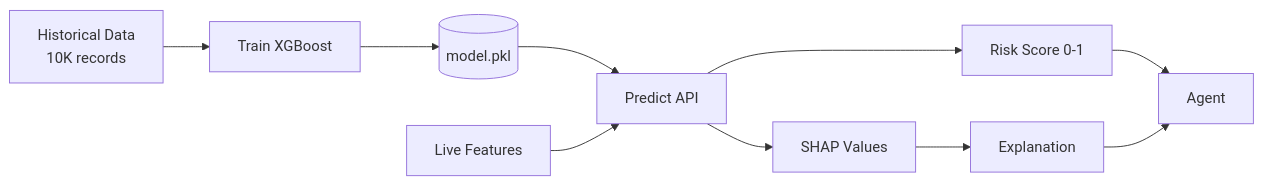
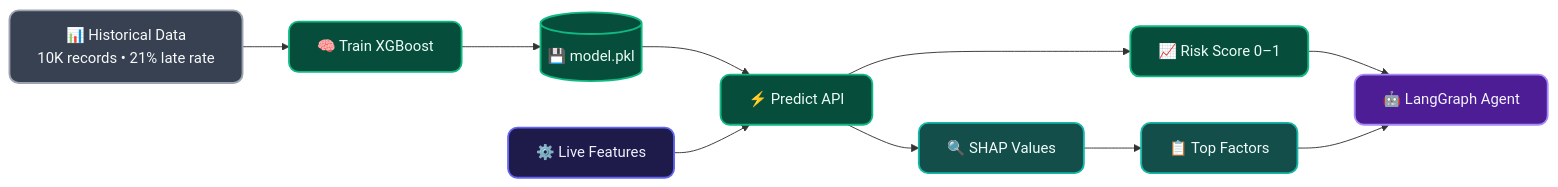
One commit to VIVEK-MARRI/IntelliLog-AI changed the fifth of 8 diagrams in README.md. Above: the diagram before and after it, drawn with Mermaid. The commit also changed other lines of this file and 46 other files, not shown here.

Commit message:
docs: publish project documentation suite with premium architecture diagrams

````diff
--- a/README.md
+++ b/README.md
@@ -293,12 +337,29 @@
 ```mermaid
 flowchart LR
-  H[Historical Data<br/>10K records] --> T[Train XGBoost]
-  T --> M[(model.pkl)]
-  M --> P[Predict API]
-  F[Live Features] --> P
-  P --> S[SHAP Values]
-  S --> E[Explanation]
-  P --> R[Risk Score 0-1]
-  R --> AG[Agent]
-  E --> AG
+    %% Premium ML Pipeline Styling
+    classDef data fill:#374151,stroke:#9CA3AF,stroke-width:2px,color:#F9FAFB,rx:10,ry:10
+    classDef ml fill:#064E3B,stroke:#10B981,stroke-width:2px,color:#ECFDF5,rx:10,ry:10
+    classDef xai fill:#134E4A,stroke:#14B8A6,stroke-width:2px,color:#F0FDFA,rx:10,ry:10
+    classDef agent fill:#4C1D95,stroke:#A78BFA,stroke-width:2px,color:#F5F3FF,rx:10,ry:10
+    classDef feature fill:#1E1B4B,stroke:#6366F1,stroke-width:2px,color:#EEF2FF,rx:10,ry:10
+
+    H["📊 Historical Data<br/>10K records • 21% late rate"]:::data
+    T["🧠 Train XGBoost"]:::ml
+    M[("💾 model.pkl")]:::ml
+    P["⚡ Predict API"]:::ml
+    F["⚙️ Live Features"]:::feature
+    S["🔍 SHAP Values"]:::xai
+    E["📋 Top Factors"]:::xai
+    R["📈 Risk Score 0–1"]:::ml
+    AG["🤖 LangGraph Agent"]:::agent
+
+    H --> T
+    T --> M
+    M --> P
+    F --> P
+    P --> S
+    S --> E
+    P --> R
+    R --> AG
+    E --> AG
 ```
````
